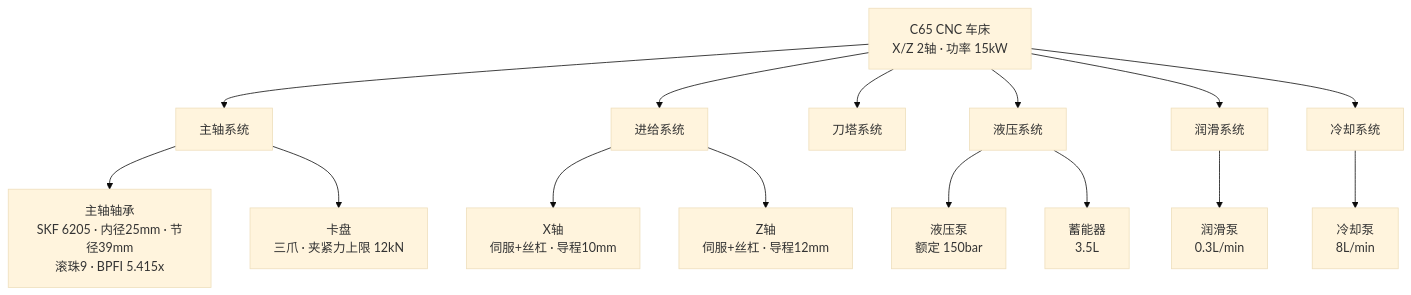
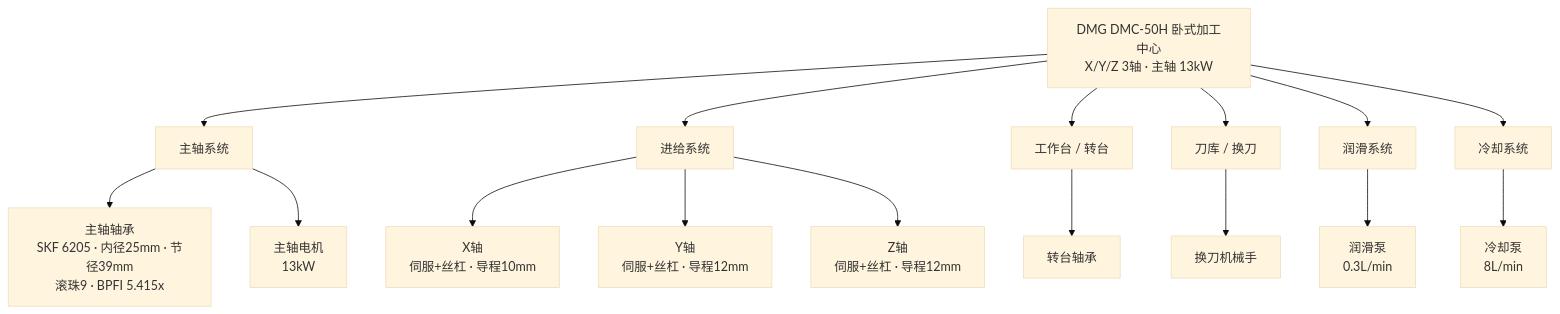
Before and after one commit to Alex-Fleet/GOAI-Project: the ninth of 10 diagrams in docs/prd/goai-quality-agent-prd.md, drawn with Mermaid (base theme). The commit also changed other lines of this file, not shown here.

Commit message:
PRD：故事改为通用方法层，demo 主线实例换 DMC-50H 铣床

````diff
--- a/docs/prd/goai-quality-agent-prd.md
+++ b/docs/prd/goai-quality-agent-prd.md
@@ -242,18 +247,19 @@
 ```mermaid
 flowchart TD
-    C65["C65 CNC 车床<br/>X/Z 2轴 · 功率 15kW"]
-    C65 --> SP["主轴系统"]
-    C65 --> FD["进给系统"]
-    C65 --> TK["刀塔系统"]
-    C65 --> HP["液压系统"]
-    C65 --> LU["润滑系统"]
-    C65 --> CL["冷却系统"]
+    DMC["DMG DMC-50H 卧式加工中心<br/>X/Y/Z 3轴 · 主轴 13kW"]
+    DMC --> SP["主轴系统"]
+    DMC --> FD["进给系统"]
+    DMC --> TB["工作台 / 转台"]
+    DMC --> MC["刀库 / 换刀"]
+    DMC --> LU["润滑系统"]
+    DMC --> CL["冷却系统"]
     SP --> SP_B["主轴轴承<br/>SKF 6205 · 内径25mm · 节径39mm<br/>滚珠9 · BPFI 5.415x"]
-    SP --> SP_C["卡盘<br/>三爪 · 夹紧力上限 12kN"]
+    SP --> SP_M["主轴电机<br/>13kW"]
     FD --> FX["X轴<br/>伺服+丝杠 · 导程10mm"]
+    FD --> FY["Y轴<br/>伺服+丝杠 · 导程12mm"]
     FD --> FZ["Z轴<br/>伺服+丝杠 · 导程12mm"]
-    HP --> HP_P["液压泵<br/>额定 150bar"]
-    HP --> HP_ACC["蓄能器<br/>3.5L"]
+    TB --> TB_B["转台轴承"]
+    MC --> MC_ARM["换刀机械手"]
     LU --> LU_P["润滑泵<br/>0.3L/min"]
     CL --> CL_P["冷却泵<br/>8L/min"]
 ```
````
